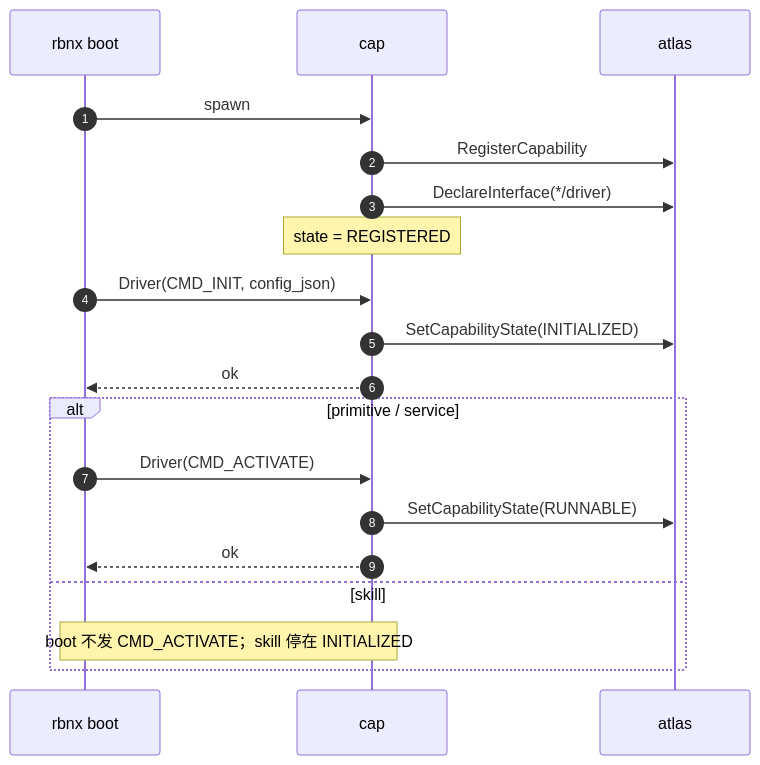
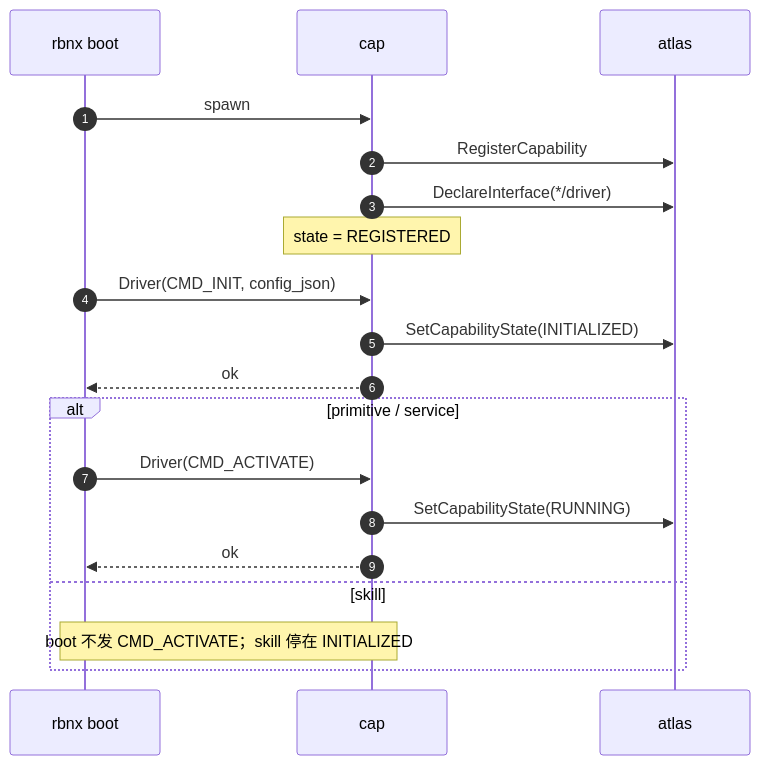
One commit to syswonder/robonix-book changed the second of 3 diagrams in src/architecture/cap-lifecycle.md. Above: the diagram before and after it, drawn with Mermaid. The commit also changed other lines of this file, not shown here.

First line of the commit message:
v0.1.2: rename RUNNABLE → RUNNING; switch lifecycle examples to Result type

````diff
--- a/src/architecture/cap-lifecycle.md
+++ b/src/architecture/cap-lifecycle.md
@@ -68,22 +68,22 @@
 ```mermaid
 sequenceDiagram
     autonumber
     participant B as rbnx boot
     participant C as cap
     participant A as atlas
 
     B->>C: spawn
     C->>A: RegisterCapability
     C->>A: DeclareInterface(*/driver)
     Note over C: state = REGISTERED
     B->>C: Driver(CMD_INIT, config_json)
     C->>A: SetCapabilityState(INITIALIZED)
     C-->>B: ok
     alt primitive / service
         B->>C: Driver(CMD_ACTIVATE)
-        C->>A: SetCapabilityState(RUNNABLE)
+        C->>A: SetCapabilityState(RUNNING)
         C-->>B: ok
     else skill
         Note over B,C: boot 不发 CMD_ACTIVATE；skill 停在 INITIALIZED
     end
 ```
````
